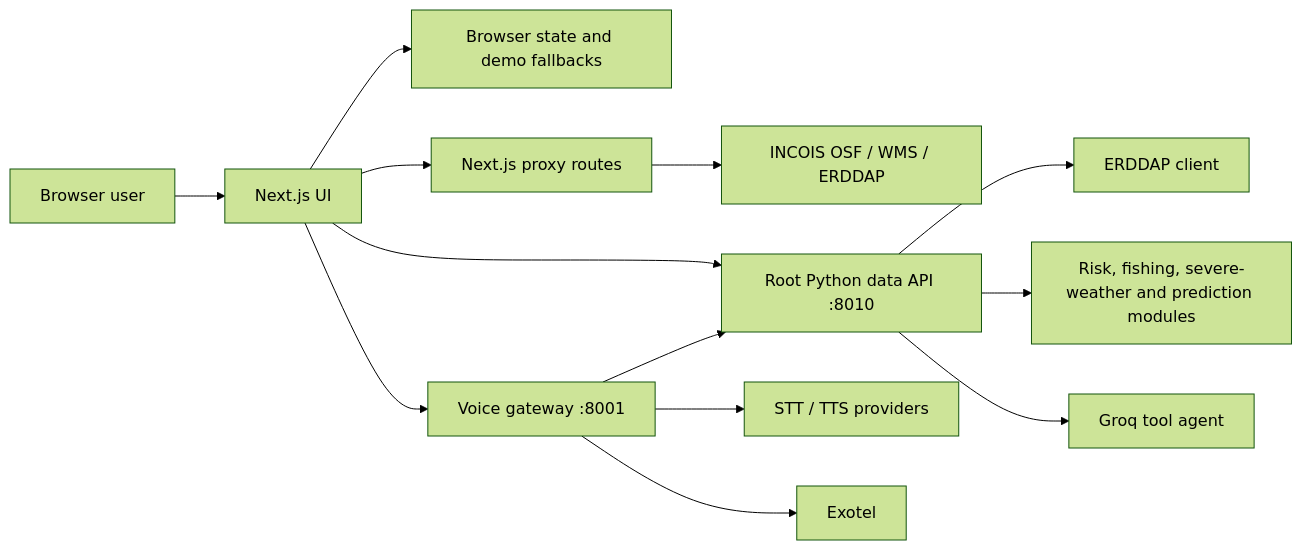
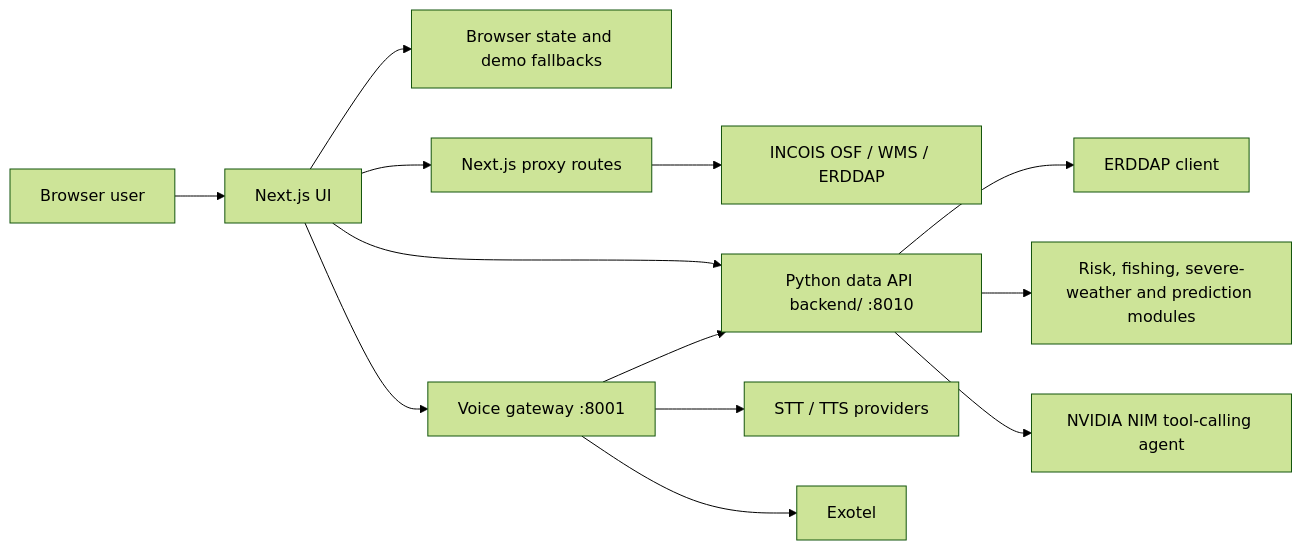
Before and after one commit to Ruthwik000/SaltyAI-Backend: the first of 3 diagrams in README.md, drawn with Mermaid (forest theme). The commit also changed other lines of this file and 90 other files, not shown here.

````diff
--- a/README.md
+++ b/README.md
@@ -66,15 +66,15 @@
 ```mermaid
 flowchart LR
   U[Browser user] --> N[Next.js UI]
   N --> C[Browser state and demo fallbacks]
   N --> P[Next.js proxy routes]
   P --> I[INCOIS OSF / WMS / ERDDAP]
-  N --> D[Root Python data API :8010]
+  N --> D[Python data API backend/ :8010]
   D --> E[ERDDAP client]
   D --> M[Risk, fishing, severe-weather and prediction modules]
-  D --> O[Groq tool agent]
+  D --> O[NVIDIA NIM tool-calling agent]
   N --> V[Voice gateway :8001]
   V --> S[STT / TTS providers]
   V --> D
   V --> X[Exotel]
 ```
````
